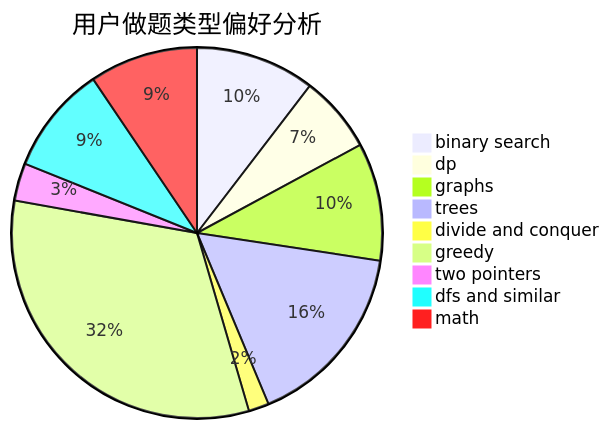
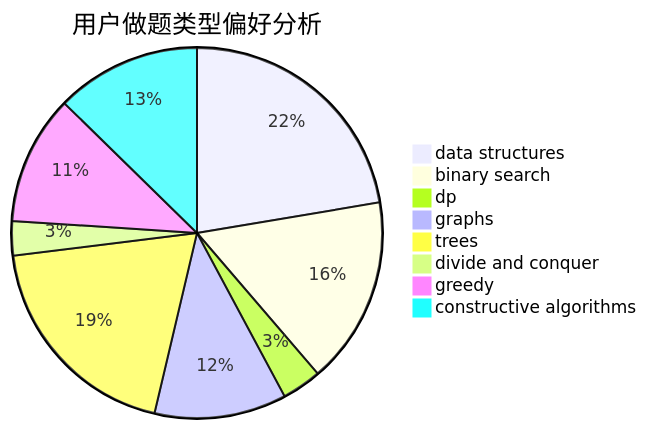
One commit to sherpahu/cfrs.github.io changed the second of 3 diagrams in docs/user/u444.md. Above: the diagram before and after it, drawn with Mermaid. The commit also changed other lines of this file and 2775 other files, not shown here.

````diff
--- a/docs/user/u444.md
+++ b/docs/user/u444.md
@@ -23,12 +23,11 @@
 ```mermaid
 pie title 用户做题类型偏好分析
-    "binary search" :  76
-    "dp" :  49
-    "graphs" :  75
-    "trees" :  119
+    "data structures" :  97
+    "binary search" :  71
+    "dp" :  15
+    "graphs" :  50
+    "trees" :  84
     "divide and conquer" :  13
-    "greedy" :  236
-    "two pointers" :  24
-    "dfs and similar" :  69
-    "math" :  69
+    "greedy" :  49
+    "constructive algorithms" :  55
 ```
````
